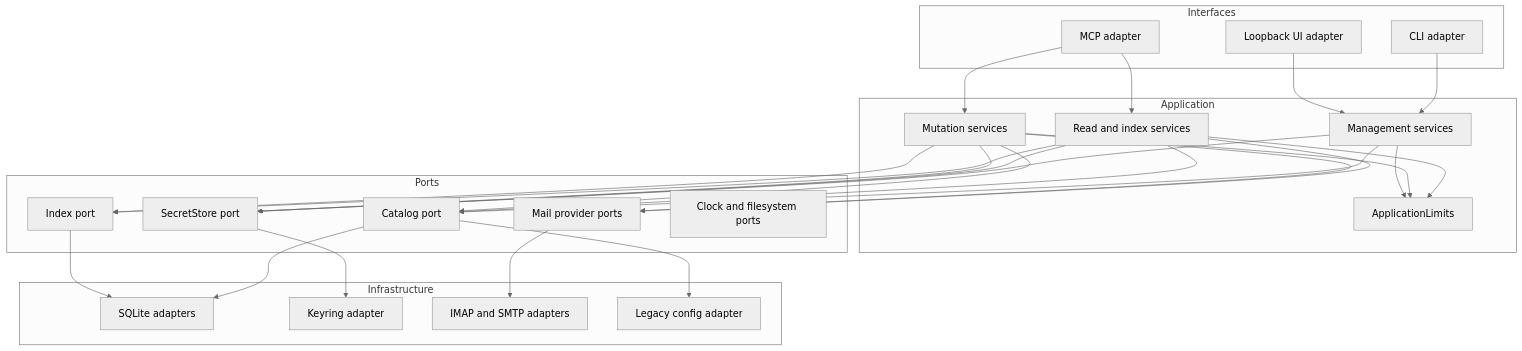
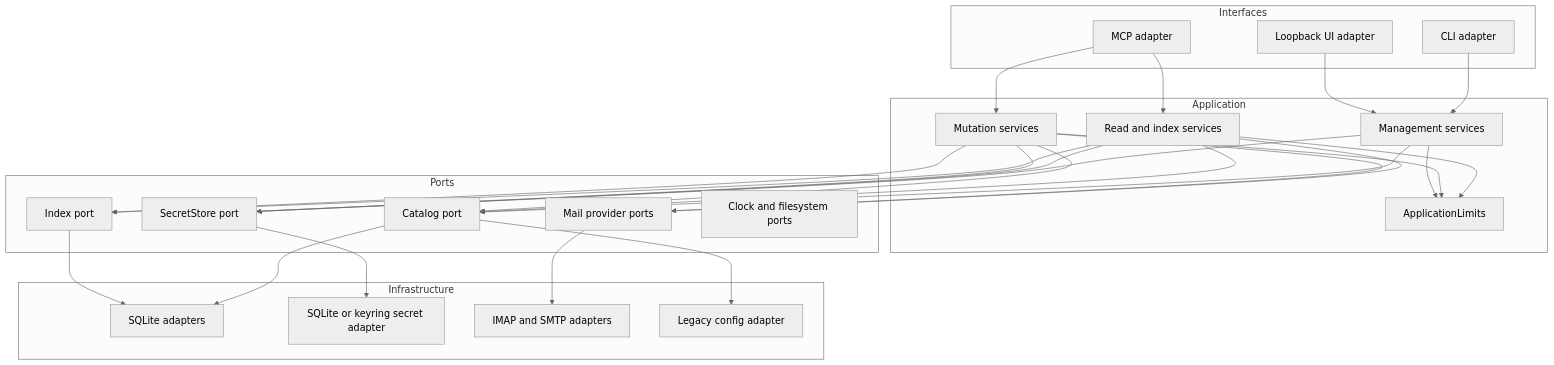
One commit to Wh1isper/mcp-email-server changed the first of 2 diagrams in spec/03-application-architecture.md. Above: the diagram before and after it, drawn with Mermaid (neutral theme). The commit also changed other lines of this file and 70 other files, not shown here.

````diff
--- a/spec/03-application-architecture.md
+++ b/spec/03-application-architecture.md
@@ -9,49 +9,49 @@
 ```mermaid
 flowchart TB
     subgraph Interfaces
       MCP[MCP adapter]
       CLI[CLI adapter]
       UI[Loopback UI adapter]
     end
     subgraph Application
       MGMT[Management services]
       READ[Read and index services]
       MUT[Mutation services]
       LIMITS[ApplicationLimits]
     end
     subgraph Ports
       CATALOG[Catalog port]
       SECRETS[SecretStore port]
       MAIL[Mail provider ports]
       INDEX[Index port]
       CLOCK[Clock and filesystem ports]
     end
     subgraph Infrastructure
       SQLITE[SQLite adapters]
-      KEYRING[Keyring adapter]
+      SECRETBACKEND[SQLite or keyring secret adapter]
       IMAPSMTP[IMAP and SMTP adapters]
       LEGACY[Legacy config adapter]
     end
     MCP --> READ
     MCP --> MUT
     CLI --> MGMT
     UI --> MGMT
     MGMT --> CATALOG
     MGMT --> SECRETS
     READ --> CATALOG
     READ --> SECRETS
     READ --> MAIL
     READ --> INDEX
     MUT --> CATALOG
     MUT --> SECRETS
     MUT --> MAIL
     MUT --> INDEX
     READ --> LIMITS
     MUT --> LIMITS
     MGMT --> LIMITS
     CATALOG --> SQLITE
     CATALOG --> LEGACY
     INDEX --> SQLITE
-    SECRETS --> KEYRING
+    SECRETS --> SECRETBACKEND
     MAIL --> IMAPSMTP
 ```
````
